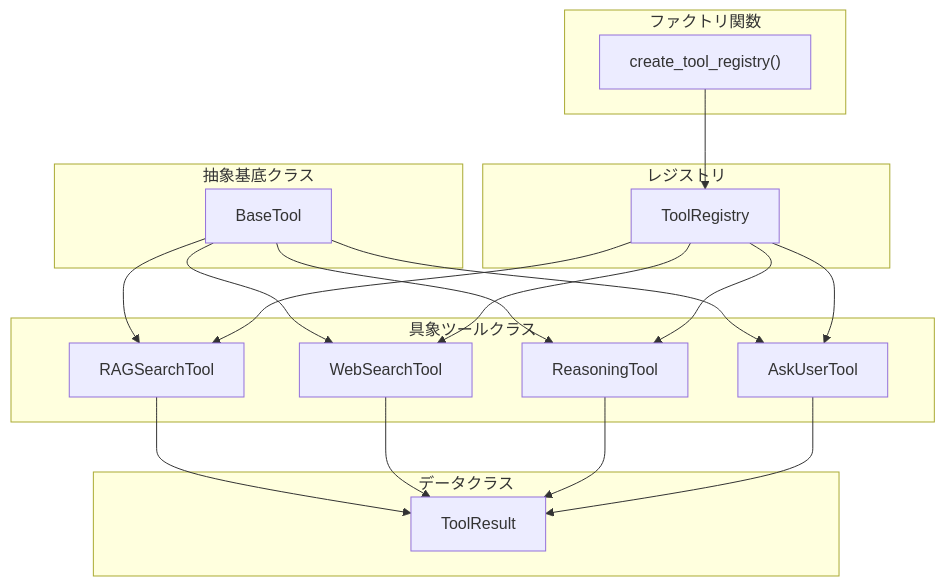
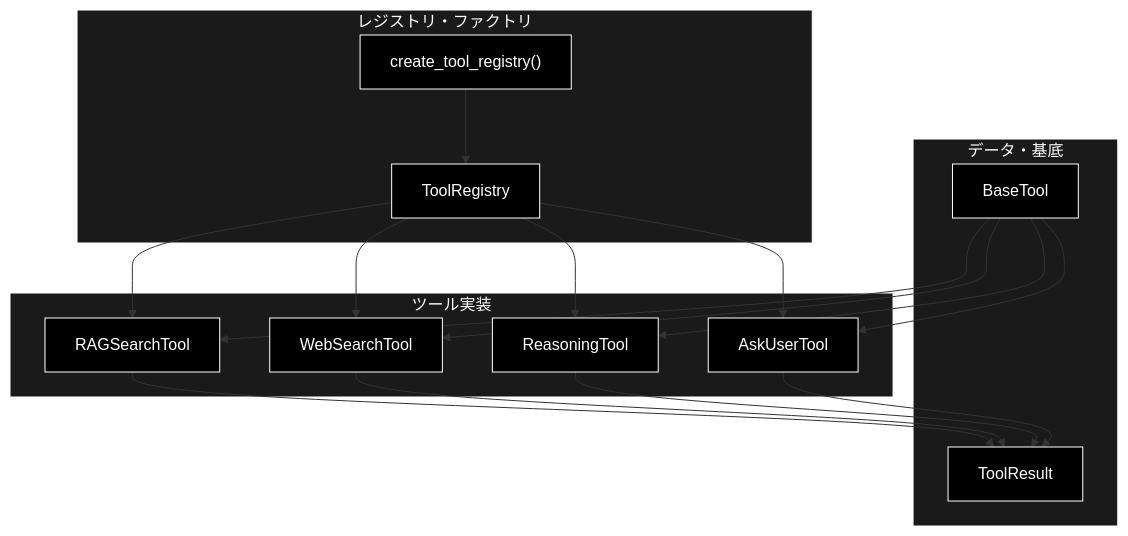
One commit to nakashima2toshio/anthropic_grace_agent_v2 changed the second of 3 diagrams in grace/doc/tools.md. Above: the diagram before and after it, drawn with Mermaid. The commit also changed other lines of this file and 9 other files, not shown here.

````diff
--- a/grace/doc/tools.md
+++ b/grace/doc/tools.md
@@ -167,39 +146,39 @@
 ```mermaid
 flowchart TB
-    subgraph DATACLASS["データクラス"]
-        TR[ToolResult]
+    subgraph DATA["データ・基底"]
+        TR["ToolResult"]
+        BT["BaseTool"]
     end
 
-    subgraph ABSTRACT["抽象基底クラス"]
-        BT[BaseTool]
+    subgraph TOOLS["ツール実装"]
+        RAGT["RAGSearchTool"]
+        WEBT["WebSearchTool"]
+        REASONT["ReasoningTool"]
+        ASKT["AskUserTool"]
     end
 
-    subgraph TOOLS["具象ツールクラス"]
-        RAG_CLS["RAGSearchTool"]
-        WEB_CLS["WebSearchTool"]
-        REASON_CLS["ReasoningTool"]
-        ASK_CLS["AskUserTool"]
+    subgraph REG["レジストリ・ファクトリ"]
+        REGC["ToolRegistry"]
+        FACT["create_tool_registry()"]
     end
 
-    subgraph REGISTRY_GRP["レジストリ"]
-        REG["ToolRegistry"]
-    end
-
-    subgraph FACTORY["ファクトリ関数"]
-        CREATE["create_tool_registry()"]
-    end
-
-    BT --> RAG_CLS
-    BT --> WEB_CLS
-    BT --> REASON_CLS
-    BT --> ASK_CLS
-    CREATE --> REG
-    REG --> RAG_CLS
-    REG --> WEB_CLS
-    REG --> REASON_CLS
-    REG --> ASK_CLS
-    RAG_CLS --> TR
-    WEB_CLS --> TR
-    REASON_CLS --> TR
-    ASK_CLS --> TR
+    BT --> RAGT
+    BT --> WEBT
+    BT --> REASONT
+    BT --> ASKT
+    RAGT --> TR
+    WEBT --> TR
+    REASONT --> TR
+    ASKT --> TR
+    FACT --> REGC
+    REGC --> RAGT
+    REGC --> WEBT
+    REGC --> REASONT
+    REGC --> ASKT
+classDef default fill:#000,stroke:#fff,color:#fff
+classDef subgraphStyle fill:#1a1a1a,stroke:#fff,color:#fff
+class TR,BT,RAGT,WEBT,REASONT,ASKT,REGC,FACT default
+style DATA fill:#1a1a1a,stroke:#fff,color:#fff
+style TOOLS fill:#1a1a1a,stroke:#fff,color:#fff
+style REG fill:#1a1a1a,stroke:#fff,color:#fff
 ```
````
